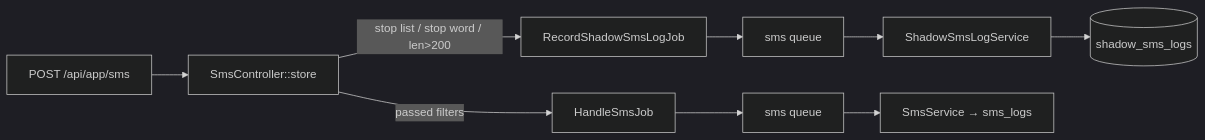
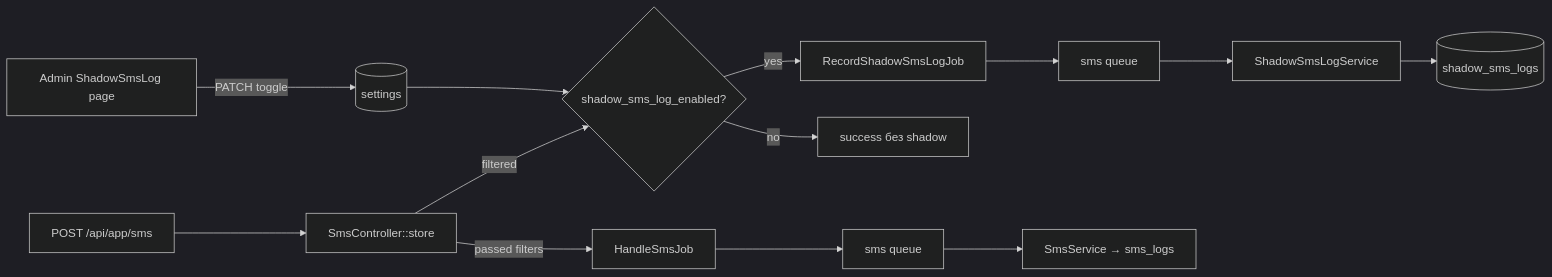
The diagram in wiki/sms-automation/shadow-sms-log-implementation-plan.md (niiikkid/wl.traders.p2p), drawn with Mermaid (dark theme) before and after one commit. The commit also changed other lines of this file and 3 other files, not shown here.

First line of the commit message:
Enhance Shadow SMS Log Implementation Plan with global enable toggle

````diff
--- a/wiki/sms-automation/shadow-sms-log-implementation-plan.md
+++ b/wiki/sms-automation/shadow-sms-log-implementation-plan.md
@@ -31,11 +36,15 @@
 ```mermaid
 flowchart LR
     APP[POST /api/app/sms] --> CTRL[SmsController::store]
-    CTRL -->|stop list / stop word / len>200| JOB[RecordShadowSmsLogJob]
+    CTRL -->|filtered| GATE{shadow_sms_log_enabled?}
+    GATE -->|yes| JOB[RecordShadowSmsLogJob]
+    GATE -->|no| RET[success без shadow]
     CTRL -->|passed filters| MAIN[HandleSmsJob]
     JOB --> Q[sms queue]
     Q --> SVC[ShadowSmsLogService]
     SVC --> DB[(shadow_sms_logs)]
     MAIN --> Q2[sms queue]
     Q2 --> SMS[SmsService → sms_logs]
+    ADMIN[Admin ShadowSmsLog page] -->|PATCH toggle| SET[(settings)]
+    SET --> GATE
 ```
````
